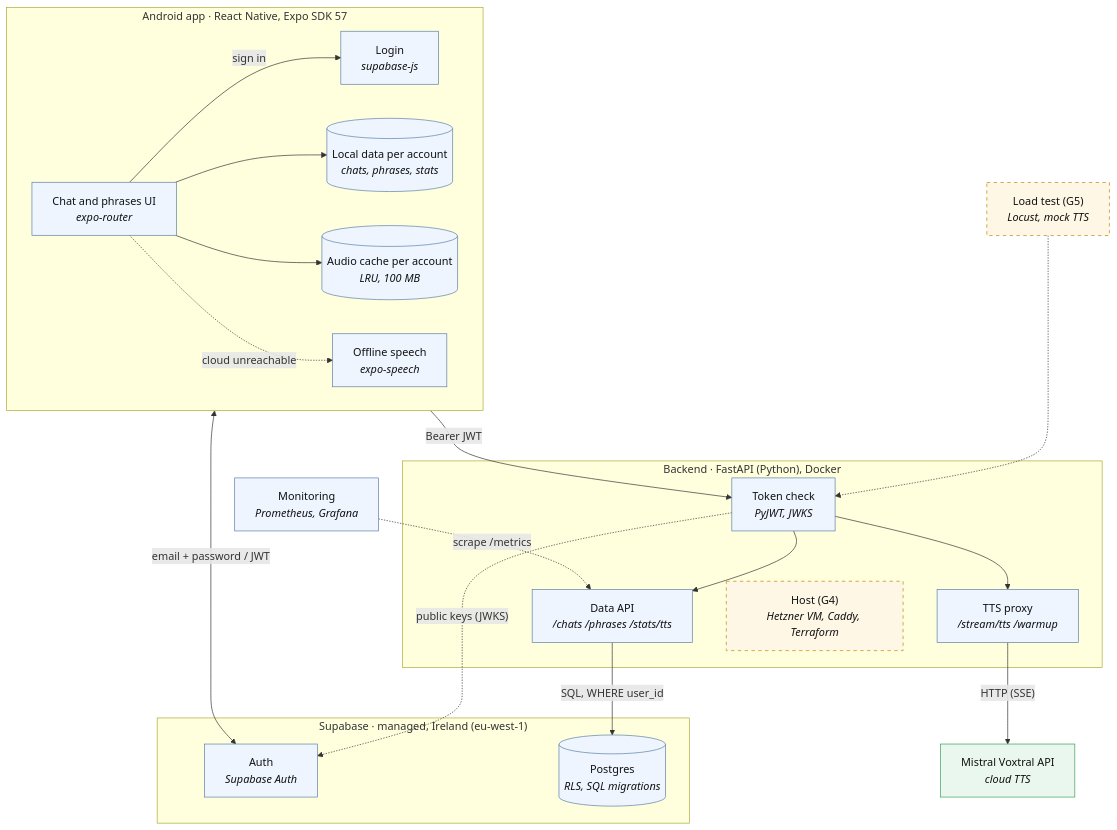
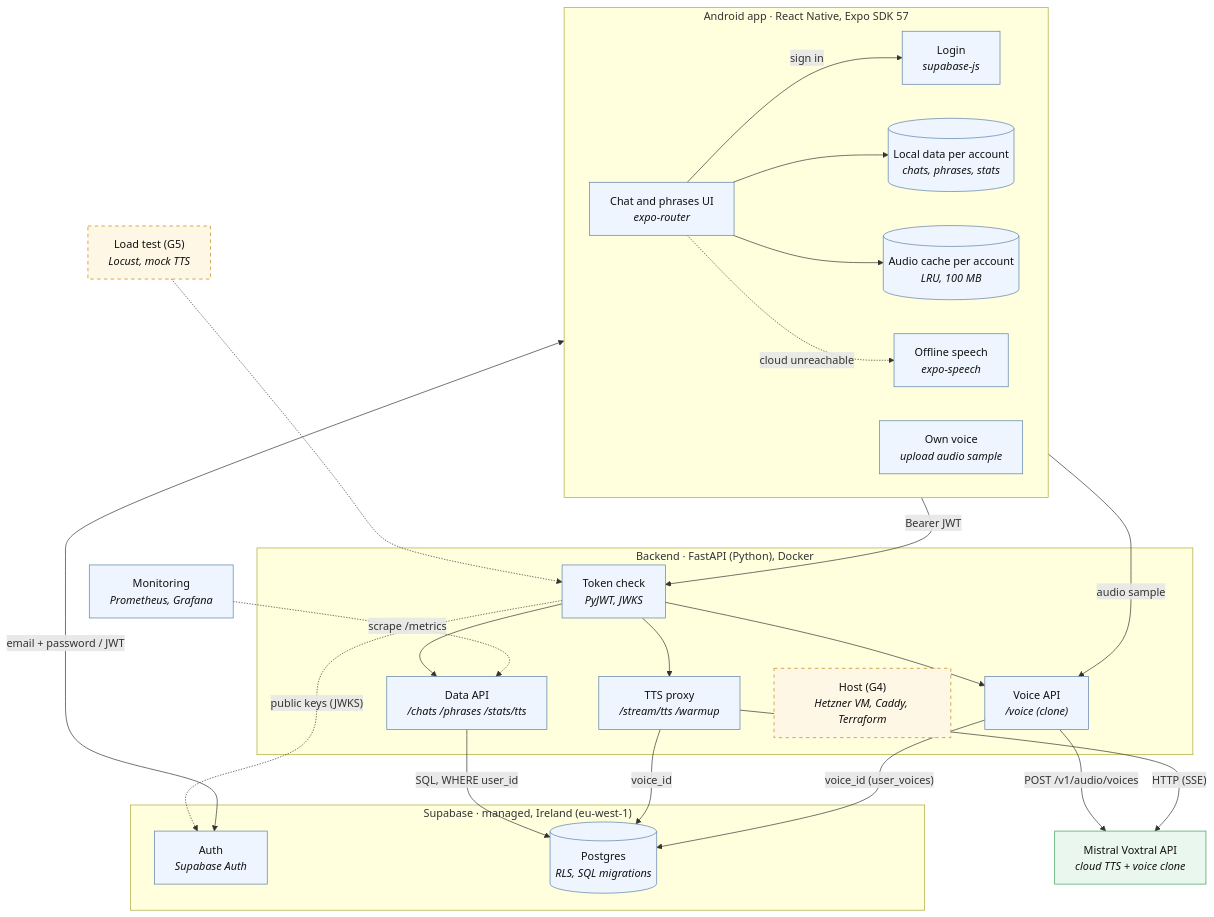
The first of 2 diagrams in docs/architecture.md (seiferla/My-Echo), drawn with Mermaid before and after one commit. The commit also changed other lines of this file and 18 other files, not shown here.

First line of the commit message:
feat(voice): clone the user's voice (G3)

````diff
--- a/docs/architecture.md
+++ b/docs/architecture.md
@@ -11,45 +11,52 @@
 ```mermaid
 flowchart TB
     classDef done fill:#eef5ff,stroke:#5b7fa6,color:#111
     classDef planned fill:#fff7e6,stroke:#b8860b,color:#111,stroke-dasharray:5 5
     classDef ext fill:#eaf7ee,stroke:#3c9d5a,color:#111
 
     subgraph device["Android app · React Native, Expo SDK 57"]
         direction LR
         ui["Chat and phrases UI<br/><i>expo-router</i>"]:::done
         login["Login<br/><i>supabase-js</i>"]:::done
         local[("Local data per account<br/><i>chats, phrases, stats</i>")]:::done
         acache[("Audio cache per account<br/><i>LRU, 100 MB</i>")]:::done
         speech["Offline speech<br/><i>expo-speech</i>"]:::done
+        voiceui["Own voice<br/><i>upload audio sample</i>"]:::done
     end
 
     subgraph supa["Supabase · managed, Ireland (eu-west-1)"]
         sauth["Auth<br/><i>Supabase Auth</i>"]:::done
         pg[("Postgres<br/><i>RLS, SQL migrations</i>")]:::done
     end
 
     subgraph backend["Backend · FastAPI (Python), Docker"]
         verify["Token check<br/><i>PyJWT, JWKS</i>"]:::done
         api["Data API<br/><i>/chats /phrases /stats/tts</i>"]:::done
         tts["TTS proxy<br/><i>/stream/tts /warmup</i>"]:::done
+        voice["Voice API<br/><i>/voice (clone)</i>"]:::done
         host["Host (G4)<br/><i>Hetzner VM, Caddy, Terraform</i>"]:::planned
     end
 
-    mistral["Mistral Voxtral API<br/><i>cloud TTS</i>"]:::ext
+    mistral["Mistral Voxtral API<br/><i>cloud TTS + voice clone</i>"]:::ext
     mon["Monitoring<br/><i>Prometheus, Grafana</i>"]:::done
     load["Load test (G5)<br/><i>Locust, mock TTS</i>"]:::planned
 
     ui -->|"sign in"| login
     ui --> local
     ui --> acache
     ui -.->|"cloud unreachable"| speech
     login <-->|"email + password / JWT"| sauth
     ui -->|"Bearer JWT"| verify
     verify --> api
     verify --> tts
+    verify --> voice
     verify -.->|"public keys (JWKS)"| sauth
     api -->|"SQL, WHERE user_id"| pg
+    tts -->|"voice_id"| pg
+    voice -->|"voice_id (user_voices)"| pg
+    voice -->|"POST /v1/audio/voices"| mistral
+    voiceui -->|"audio sample"| voice
     tts -->|"HTTP (SSE)"| mistral
     mon -.->|"scrape /metrics"| api
     load -.-> verify
 ```
````
